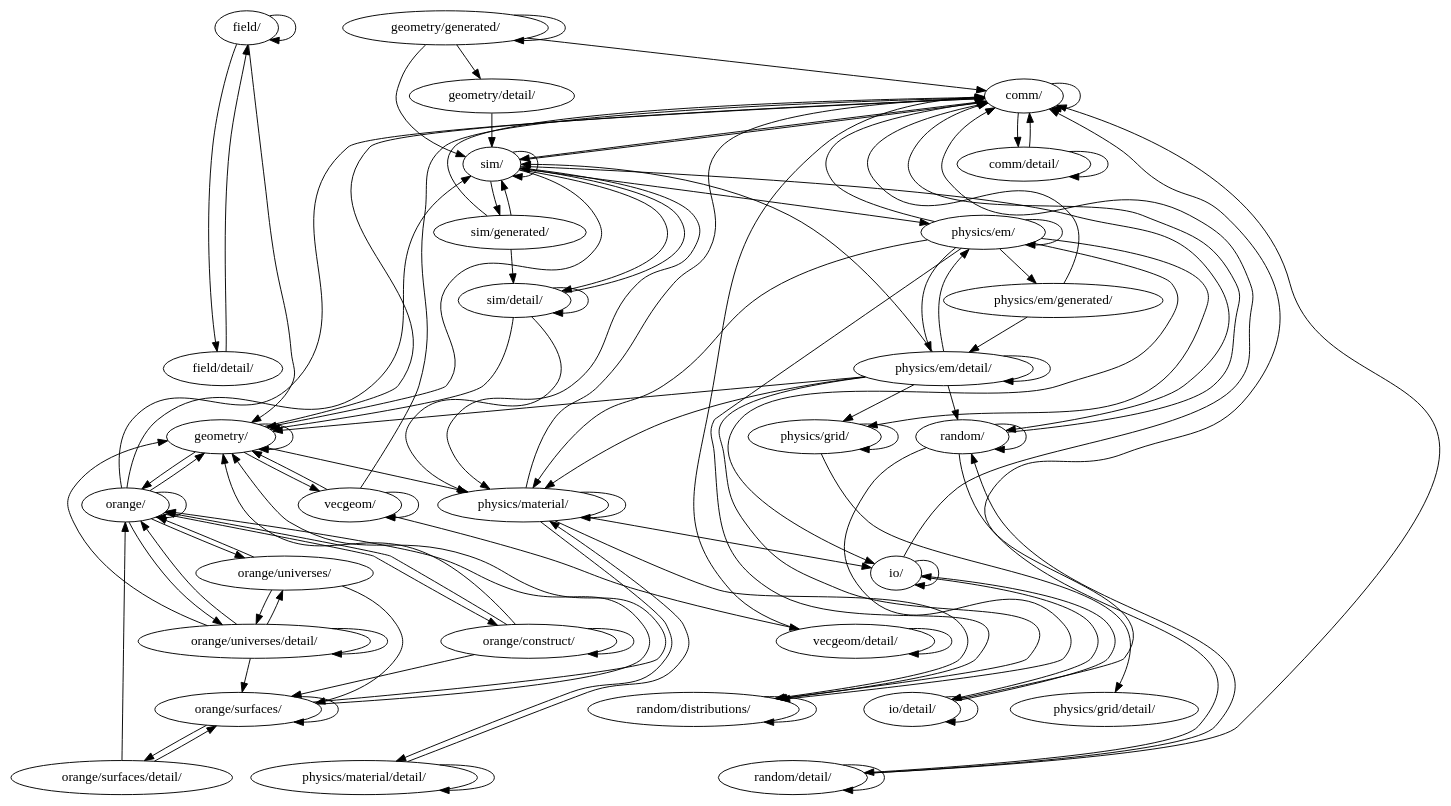
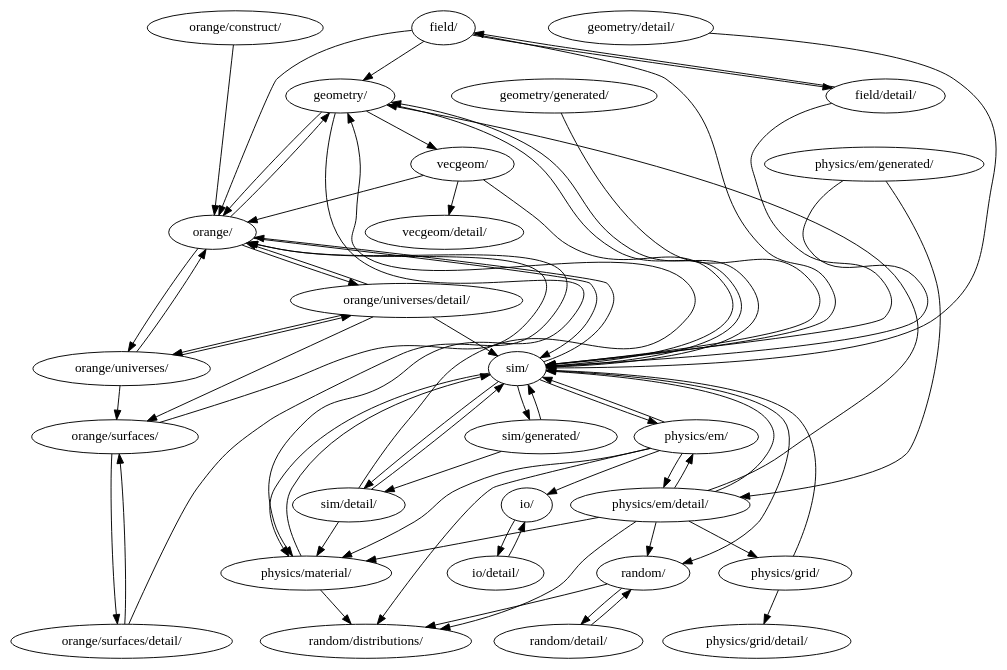
The diagram in nb/admin/fig/simple_old.dot (simbarras/celeritas-docs), drawn with Graphviz before and after one commit. The commit also changed 17 other files, not shown here.

```diff
--- a/nb/admin/fig/simple_old.dot
+++ b/nb/admin/fig/simple_old.dot
@@ -1,113 +1,68 @@
 digraph packages {
-// margin=0.0
-// mindist=0.1
-//  rankdir=TB
-// nodesep="+0.05,0.5"
-// size="36,36"
-"comm/" -> "comm/" [weight=0.425] // [0.5, 0.3333333333333333, 0.16666666666666666, 0.5, 1.0, 0.5, 0.5, 0.2, 0.3333333333333333, 1.0, 0.14285714285714285, 0.5, 0.5, 0.2, 0.16666666666666666, 0.25]
-"comm/" -> "sim/" [weight=0.750] // [0.5, 1.0]
-"comm/" -> "comm/detail/" [weight=0.567] // [1.0, 0.5, 0.2]
-"comm/detail/" -> "comm/detail/" [weight=0.500] // [0.5]
-"comm/detail/" -> "comm/" [weight=1.000] // [1.0]
-"field/" -> "field/" [weight=0.286] // [0.5, 0.125, 0.125, 0.25, 0.3333333333333333, 0.3333333333333333, 0.3333333333333333]
-"field/" -> "geometry/" [weight=0.125] // [0.125]
+"field/" -> "geometry/" [weight=0.062] // [0.125]
+"field/" -> "orange/" [weight=0.062] // [0.125]
 "field/" -> "field/detail/" [weight=0.229] // [0.125, 0.3333333333333333]
-"field/detail/" -> "field/" [weight=0.200] // [0.2]
-"geometry/" -> "vecgeom/" [weight=0.500] // [0.5, 0.5, 0.5]
-"geometry/" -> "orange/" [weight=0.400] // [0.5, 0.1, 0.5, 0.5]
-"geometry/" -> "geometry/" [weight=0.420] // [0.3333333333333333, 0.1, 0.16666666666666666, 1.0, 0.5]
-"geometry/" -> "physics/material/" [weight=0.250] // [0.3333333333333333, 0.16666666666666666]
-"geometry/" -> "comm/" [weight=0.100] // [0.1]
-"geometry/detail/" -> "sim/" [weight=1.000] // [1.0]
-"geometry/generated/" -> "geometry/generated/" [weight=0.171] // [0.2, 0.14285714285714285]
-"geometry/generated/" -> "sim/" [weight=0.198] // [0.2, 0.14285714285714285, 0.25]
-"geometry/generated/" -> "geometry/detail/" [weight=0.171] // [0.2, 0.14285714285714285]
-"geometry/generated/" -> "comm/" [weight=0.143] // [0.14285714285714285]
-"io/" -> "io/" [weight=0.471] // [0.25, 1.0, 0.25, 0.5, 0.09090909090909091, 0.5, 0.125, 0.3333333333333333, 1.0, 0.2, 1.0, 0.5, 0.5, 1.0, 0.5, 0.5, 0.5, 0.16666666666666666, 1.0, 0.16666666666666666, 0.2, 0.3333333333333333, 0.2, 0.5]
-"io/" -> "comm/" [weight=0.189] // [0.25, 0.25, 0.09090909090909091, 0.16666666666666666, 0.16666666666666666, 0.2, 0.2]
-"io/" -> "io/detail/" [weight=0.262] // [0.09090909090909091, 0.125, 0.5, 0.3333333333333333]
-"io/detail/" -> "io/detail/" [weight=0.502] // [0.5, 0.3333333333333333, 1.0, 0.3333333333333333, 0.5, 0.25, 0.1, 0.5, 1.0]
-"io/detail/" -> "comm/" [weight=0.419] // [0.3333333333333333, 0.3333333333333333, 0.5, 1.0, 0.25, 0.1]
-"io/detail/" -> "io/" [weight=0.217] // [0.1, 0.3333333333333333]
-"orange/" -> "geometry/" [weight=0.167] // [0.16666666666666666, 0.16666666666666666, 0.16666666666666666]
-"orange/" -> "sim/" [weight=0.167] // [0.16666666666666666]
-"orange/" -> "orange/" [weight=0.211] // [0.16666666666666666, 0.05263157894736842, 0.16666666666666666, 0.16666666666666666, 0.5]
-"orange/" -> "comm/" [weight=0.053] // [0.05263157894736842]
-"orange/" -> "orange/construct/" [weight=0.053] // [0.05263157894736842]
-"orange/" -> "orange/universes/detail/" [weight=0.110] // [0.05263157894736842, 0.16666666666666666]
-"orange/" -> "orange/universes/" [weight=0.167] // [0.16666666666666666]
-"orange/construct/" -> "orange/" [weight=0.340] // [1.0, 0.16666666666666666, 0.3333333333333333, 0.2, 0.09090909090909091, 0.25]
-"orange/construct/" -> "orange/construct/" [weight=0.422] // [0.5, 1.0, 0.16666666666666666, 0.16666666666666666, 0.2, 1.0, 0.09090909090909091, 0.25]
-"orange/construct/" -> "orange/surfaces/" [weight=0.129] // [0.16666666666666666, 0.09090909090909091]
-"orange/construct/" -> "geometry/" [weight=0.208] // [0.16666666666666666, 0.25]
-"orange/surfaces/" -> "geometry/" [weight=0.336] // [0.14285714285714285, 0.2, 0.5, 0.5]
-"orange/surfaces/" -> "orange/" [weight=0.402] // [0.14285714285714285, 0.16666666666666666, 0.2, 0.5, 1.0]
-"orange/surfaces/" -> "orange/surfaces/detail/" [weight=0.195] // [0.14285714285714285, 0.16666666666666666, 0.16666666666666666, 0.16666666666666666, 0.3333333333333333]
-"orange/surfaces/" -> "orange/surfaces/" [weight=0.312] // [0.125, 0.5]
+"field/" -> "sim/" [weight=0.153] // [0.25, 0.3333333333333333, 0.3333333333333333]
+"field/detail/" -> "field/" [weight=0.167] // [0.16666666666666666]
+"field/detail/" -> "sim/" [weight=0.083] // [0.16666666666666666]
+"geometry/" -> "sim/" [weight=0.117] // [0.2, 0.3333333333333333, 0.16666666666666666]
+"geometry/" -> "vecgeom/" [weight=0.250] // [0.5, 0.5, 0.5]
+"geometry/" -> "orange/" [weight=0.233] // [0.5, 0.3333333333333333, 0.5, 0.5, 0.5]
+"geometry/" -> "physics/material/" [weight=0.083] // [0.16666666666666666]
+"geometry/detail/" -> "sim/" [weight=0.500] // [1.0]
+"geometry/generated/" -> "sim/" [weight=0.125] // [0.25]
+"io/" -> "io/detail/" [weight=0.417] // [0.5, 0.3333333333333333]
+"io/detail/" -> "io/" [weight=0.333] // [0.3333333333333333]
+"orange/" -> "sim/" [weight=0.077] // [0.16666666666666666, 0.14285714285714285]
+"orange/" -> "geometry/" [weight=0.083] // [0.16666666666666666]
+"orange/" -> "orange/universes/" [weight=0.143] // [0.14285714285714285]
+"orange/" -> "orange/universes/detail/" [weight=0.143] // [0.14285714285714285]
+"orange/construct/" -> "orange/" [weight=0.446] // [1.0, 0.2, 0.3333333333333333, 0.25]
+"orange/surfaces/" -> "orange/" [weight=0.514] // [0.16666666666666666, 0.16666666666666666, 0.25, 0.5, 1.0, 1.0]
+"orange/surfaces/" -> "orange/surfaces/detail/" [weight=0.300] // [0.16666666666666666, 0.16666666666666666, 0.16666666666666666, 0.16666666666666666, 0.3333333333333333]
 "orange/surfaces/detail/" -> "orange/" [weight=0.175] // [0.25, 0.1]
-"orange/surfaces/detail/" -> "orange/surfaces/" [weight=0.100] // [0.1]
+"orange/surfaces/detail/" -> "orange/surfaces/" [weight=0.150] // [0.1]
 "orange/universes/" -> "orange/" [weight=0.156] // [0.1111111111111111, 0.2]
 "orange/universes/" -> "orange/surfaces/" [weight=0.111] // [0.1111111111111111]
-"orange/universes/" -> "orange/universes/detail/" [weight=0.111] // [0.1111111111111111]
-"orange/universes/detail/" -> "orange/" [weight=0.250] // [0.25, 0.25]
-"orange/universes/detail/" -> "orange/universes/detail/" [weight=0.211] // [0.25, 0.14285714285714285, 0.25, 0.2]
+"orange/universes/" -> "orange/universes/detail/" [weight=0.167] // [0.1111111111111111]
+"orange/universes/detail/" -> "orange/" [weight=0.292] // [0.25, 0.3333333333333333]
 "orange/universes/detail/" -> "orange/surfaces/" [weight=0.143] // [0.14285714285714285]
-"orange/universes/detail/" -> "orange/universes/" [weight=0.171] // [0.14285714285714285, 0.2]
-"orange/universes/detail/" -> "geometry/" [weight=0.250] // [0.25]
-"physics/em/" -> "random/distributions/" [weight=0.143] // [0.14285714285714285, 0.14285714285714285]
-"physics/em/" -> "physics/em/" [weight=0.199] // [0.14285714285714285, 0.14285714285714285, 0.05263157894736842, 0.2, 0.25, 0.14285714285714285, 0.09090909090909091, 0.2, 0.5, 0.2, 0.3333333333333333, 0.1111111111111111, 0.3333333333333333, 0.125, 0.2, 0.25, 0.06666666666666667, 0.1111111111111111, 0.25, 0.5, 0.14285714285714285, 0.07142857142857142, 0.5, 0.09090909090909091, 0.08333333333333333, 0.09090909090909091]
-"physics/em/" -> "physics/material/" [weight=0.162] // [0.14285714285714285, 0.05263157894736842, 0.25, 0.125, 0.125, 0.16666666666666666, 0.16666666666666666, 0.06666666666666667, 0.16666666666666666, 0.25, 0.25, 0.07142857142857142, 0.25, 0.25, 0.25, 0.08333333333333333, 0.16666666666666666, 0.09090909090909091]
-"physics/em/" -> "comm/" [weight=0.068] // [0.05263157894736842, 0.06666666666666667, 0.08333333333333333]
-"physics/em/" -> "physics/em/detail/" [weight=0.200] // [0.05263157894736842, 0.3333333333333333, 0.09090909090909091, 0.2, 0.125, 0.1111111111111111, 0.3333333333333333, 0.3333333333333333, 0.3333333333333333, 0.16666666666666666, 0.06666666666666667, 0.16666666666666666, 0.1111111111111111, 0.5, 0.3333333333333333, 0.07142857142857142, 0.25, 0.09090909090909091, 0.25, 0.08333333333333333, 0.16666666666666666, 0.09090909090909091, 0.3333333333333333]
-"physics/em/" -> "io/" [weight=0.174] // [0.2, 0.14285714285714285, 0.2, 0.2, 0.16666666666666666, 0.14285714285714285, 0.16666666666666666]
-"physics/em/" -> "physics/em/generated/" [weight=0.138] // [0.25, 0.09090909090909091, 0.1111111111111111, 0.25, 0.06666666666666667, 0.1111111111111111, 0.25, 0.07142857142857142, 0.09090909090909091, 0.08333333333333333]
-"physics/em/" -> "physics/grid/" [weight=0.164] // [0.3333333333333333, 0.06666666666666667, 0.09090909090909091]
-"physics/em/detail/" -> "physics/material/" [weight=0.090] // [0.058823529411764705, 0.05, 0.1, 0.14285714285714285, 0.1111111111111111, 0.0625, 0.09090909090909091, 0.08333333333333333, 0.07142857142857142, 0.05263157894736842, 0.07692307692307693, 0.2, 0.058823529411764705, 0.1, 0.125, 0.0625]
-"physics/em/detail/" -> "random/distributions/" [weight=0.123] // [0.058823529411764705, 0.2, 0.25, 0.08333333333333333, 0.16666666666666666, 0.16666666666666666, 0.125, 0.07692307692307693, 0.0625, 0.058823529411764705, 0.2, 0.0625, 0.08333333333333333, 0.07142857142857142, 0.16666666666666666, 0.16666666666666666, 0.07692307692307693, 0.2, 0.0625]
-"physics/em/detail/" -> "physics/em/detail/" [weight=0.145] // [0.058823529411764705, 0.2, 0.25, 0.2, 0.05, 0.25, 0.08333333333333333, 0.25, 0.2, 0.125, 0.07692307692307693, 0.3333333333333333, 0.1, 0.0625, 0.14285714285714285, 0.1111111111111111, 0.058823529411764705, 0.2, 0.0625, 0.2, 0.09090909090909091, 0.08333333333333333, 0.07142857142857142, 0.2, 0.16666666666666666, 0.05263157894736842, 0.2, 0.16666666666666666, 0.16666666666666666, 0.07692307692307693, 0.2, 0.14285714285714285, 0.058823529411764705, 0.2, 0.1, 0.125, 0.0625, 0.3333333333333333]
-"physics/em/detail/" -> "sim/" [weight=0.202] // [0.2, 0.25, 0.2, 0.25, 0.25, 0.3333333333333333, 0.16666666666666666, 0.14285714285714285, 0.25, 0.2, 0.2, 0.2, 0.16666666666666666, 0.2, 0.2, 0.2, 0.16666666666666666, 0.0625]
-"physics/em/detail/" -> "physics/em/" [weight=0.222] // [0.5, 0.16666666666666666, 0.16666666666666666, 0.2, 0.125, 0.0625, 0.3333333333333333]
-"physics/em/detail/" -> "physics/grid/" [weight=0.120] // [0.1, 0.16666666666666666, 0.0625, 0.1111111111111111, 0.16666666666666666, 0.16666666666666666, 0.14285714285714285, 0.1, 0.125, 0.0625]
-"physics/em/detail/" -> "random/" [weight=0.067] // [0.07142857142857142, 0.0625]
-"physics/em/detail/" -> "geometry/" [weight=0.062] // [0.0625]
-"physics/em/generated/" -> "physics/em/detail/" [weight=0.250] // [0.25, 0.16666666666666666, 0.3333333333333333, 0.25, 0.16666666666666666, 0.3333333333333333, 0.25, 0.16666666666666666, 0.3333333333333333, 0.25, 0.16666666666666666, 0.3333333333333333, 0.25, 0.16666666666666666, 0.3333333333333333, 0.25, 0.16666666666666666, 0.3333333333333333, 0.25, 0.16666666666666666, 0.3333333333333333, 0.25, 0.16666666666666666, 0.3333333333333333, 0.25, 0.16666666666666666, 0.3333333333333333, 0.25, 0.16666666666666666, 0.3333333333333333]
-"physics/em/generated/" -> "comm/" [weight=0.167] // [0.16666666666666666, 0.16666666666666666, 0.16666666666666666, 0.16666666666666666, 0.16666666666666666, 0.16666666666666666, 0.16666666666666666, 0.16666666666666666, 0.16666666666666666, 0.16666666666666666]
-"physics/grid/" -> "physics/grid/" [weight=0.294] // [1.0, 0.16666666666666666, 0.125, 0.2, 0.2, 0.25, 0.25, 0.14285714285714285, 0.3333333333333333, 0.2, 0.5, 0.25, 0.2]
-"physics/grid/" -> "physics/grid/detail/" [weight=0.206] // [0.16666666666666666, 0.2, 0.25]
-"physics/material/" -> "random/distributions/" [weight=0.125] // [0.125]
-"physics/material/" -> "physics/material/" [weight=0.159] // [0.125, 0.25, 0.2, 0.06666666666666667, 0.125, 0.14285714285714285, 0.2]
-"physics/material/" -> "comm/" [weight=0.067] // [0.06666666666666667]
-"physics/material/" -> "io/" [weight=0.067] // [0.06666666666666667]
-"physics/material/" -> "physics/material/detail/" [weight=0.067] // [0.06666666666666667]
-"physics/material/detail/" -> "physics/material/detail/" [weight=0.167] // [0.16666666666666666]
-"physics/material/detail/" -> "physics/material/" [weight=0.167] // [0.16666666666666666]
-"random/" -> "random/" [weight=0.483] // [0.3333333333333333, 0.25, 1.0, 0.5, 0.5, 0.5, 0.25, 0.16666666666666666, 1.0, 0.3333333333333333]
-"random/" -> "random/detail/" [weight=0.222] // [0.3333333333333333, 0.16666666666666666, 0.16666666666666666]
-"random/" -> "comm/" [weight=0.167] // [0.16666666666666666]
+"orange/universes/detail/" -> "orange/universes/" [weight=0.257] // [0.14285714285714285, 0.2]
+"orange/universes/detail/" -> "sim/" [weight=0.100] // [0.2]
+"physics/em/" -> "random/distributions/" [weight=0.071] // [0.14285714285714285, 0.14285714285714285]
+"physics/em/" -> "sim/" [weight=0.092] // [0.16666666666666666, 0.2]
+"physics/em/" -> "io/" [weight=0.089] // [0.2, 0.16666666666666666, 0.16666666666666666]
+"physics/em/" -> "physics/em/detail/" [weight=0.410] // [0.3333333333333333, 0.2, 0.125, 0.3333333333333333, 0.3333333333333333, 0.3333333333333333, 0.16666666666666666, 0.16666666666666666, 0.5, 0.3333333333333333, 0.25, 0.25, 0.16666666666666666, 0.3333333333333333]
+"physics/em/" -> "physics/material/" [weight=0.205] // [0.25, 0.125, 0.125, 0.16666666666666666, 0.16666666666666666, 0.25, 0.25, 0.25, 0.25, 0.25, 0.16666666666666666]
+"physics/em/detail/" -> "sim/" [weight=0.090] // [0.3333333333333333, 0.2, 0.05263157894736842, 0.25, 0.25, 0.25, 0.5, 0.25, 0.3333333333333333, 0.1, 0.16666666666666666, 0.14285714285714285, 0.1111111111111111, 0.3333333333333333, 0.2, 0.25, 0.2, 0.1, 0.08333333333333333, 0.2, 0.07692307692307693, 0.2, 0.05555555555555555, 0.2, 0.07692307692307693, 0.14285714285714285, 0.0625, 0.2, 0.2, 0.08333333333333333, 0.07692307692307693, 0.06666666666666667]
+"physics/em/detail/" -> "physics/material/" [weight=0.088] // [0.058823529411764705, 0.05263157894736842, 0.1, 0.14285714285714285, 0.0625, 0.08333333333333333, 0.05555555555555555, 0.07692307692307693, 0.2, 0.0625, 0.07692307692307693]
+"physics/em/detail/" -> "random/distributions/" [weight=0.062] // [0.058823529411764705, 0.2, 0.25, 0.08333333333333333, 0.16666666666666666, 0.16666666666666666, 0.125, 0.07692307692307693, 0.0625, 0.058823529411764705, 0.2, 0.0625, 0.08333333333333333, 0.07692307692307693, 0.16666666666666666, 0.16666666666666666, 0.07692307692307693, 0.2, 0.06666666666666667]
+"physics/em/detail/" -> "physics/em/" [weight=0.333] // [0.5, 0.16666666666666666, 0.16666666666666666, 0.2, 0.125, 0.0625, 0.3333333333333333]
+"physics/em/detail/" -> "physics/grid/" [weight=0.114] // [0.1, 0.16666666666666666, 0.0625, 0.1111111111111111, 0.16666666666666666, 0.16666666666666666, 0.14285714285714285, 0.08333333333333333, 0.07692307692307693, 0.06666666666666667]
+"physics/em/detail/" -> "random/" [weight=0.036] // [0.07692307692307693, 0.06666666666666667]
+"physics/em/detail/" -> "geometry/" [weight=0.036] // [0.07692307692307693, 0.06666666666666667]
+"physics/em/generated/" -> "sim/" [weight=0.125] // [0.25, 0.25, 0.25, 0.25, 0.25, 0.25, 0.25, 0.25, 0.25, 0.25]
+"physics/em/generated/" -> "physics/em/detail/" [weight=0.375] // [0.25, 0.25, 0.25, 0.25, 0.25, 0.25, 0.25, 0.25, 0.25, 0.25]
+"physics/grid/" -> "sim/" [weight=0.103] // [0.16666666666666666, 0.25, 0.2]
+"physics/grid/" -> "physics/grid/detail/" [weight=0.308] // [0.16666666666666666, 0.2, 0.25]
+"physics/material/" -> "random/distributions/" [weight=0.062] // [0.125]
+"physics/material/" -> "sim/" [weight=0.087] // [0.125, 0.25, 0.2, 0.125, 0.14285714285714285, 0.2]
+"random/" -> "random/detail/" [weight=0.155] // [0.14285714285714285, 0.16666666666666666]
 "random/" -> "random/distributions/" [weight=0.250] // [0.25, 0.3333333333333333, 0.16666666666666666]
-"random/detail/" -> "random/detail/" [weight=0.225] // [0.25, 0.2]
-"random/detail/" -> "random/" [weight=0.261] // [0.25, 0.2, 0.3333333333333333]
-"random/detail/" -> "comm/" [weight=0.200] // [0.2]
-"random/distributions/" -> "random/distributions/" [weight=0.225] // [0.25, 0.25, 0.16666666666666666, 0.25, 0.16666666666666666, 0.16666666666666666, 0.25, 0.25, 0.25, 0.25]
-"sim/" -> "sim/" [weight=0.381] // [0.5, 1.0, 1.0, 0.25, 0.2, 1.0, 0.09090909090909091, 0.09090909090909091, 0.3333333333333333, 0.3333333333333333, 0.2, 0.5, 0.16666666666666666, 0.2, 0.1111111111111111, 0.5, 0.3333333333333333, 0.1, 0.3333333333333333]
-"sim/" -> "geometry/" [weight=0.098] // [0.09090909090909091, 0.09090909090909091, 0.1111111111111111]
-"sim/" -> "physics/em/" [weight=0.091] // [0.09090909090909091, 0.09090909090909091]
-"sim/" -> "physics/material/" [weight=0.091] // [0.09090909090909091, 0.09090909090909091]
-"sim/" -> "random/" [weight=0.091] // [0.09090909090909091, 0.09090909090909091]
-"sim/" -> "comm/" [weight=0.156] // [0.2, 0.1111111111111111]
+"random/detail/" -> "random/" [weight=0.333] // [0.3333333333333333]
+"sim/" -> "geometry/" [weight=0.045] // [0.09090909090909091, 0.09090909090909091]
+"sim/" -> "physics/em/" [weight=0.045] // [0.09090909090909091, 0.09090909090909091]
+"sim/" -> "physics/material/" [weight=0.045] // [0.09090909090909091, 0.09090909090909091]
+"sim/" -> "random/" [weight=0.045] // [0.09090909090909091, 0.09090909090909091]
+"sim/" -> "orange/" [weight=0.090] // [0.1111111111111111, 0.25]
 "sim/" -> "sim/detail/" [weight=0.217] // [0.1, 0.3333333333333333]
 "sim/" -> "sim/generated/" [weight=0.100] // [0.1]
-"sim/detail/" -> "geometry/" [weight=0.131] // [0.1, 0.125, 0.16666666666666666]
-"sim/detail/" -> "physics/material/" [weight=0.100] // [0.1]
+"sim/detail/" -> "geometry/" [weight=0.065] // [0.1, 0.125, 0.16666666666666666]
+"sim/detail/" -> "physics/material/" [weight=0.050] // [0.1]
 "sim/detail/" -> "sim/" [weight=0.245] // [0.1, 0.125, 0.5, 0.16666666666666666, 0.3333333333333333]
-"sim/detail/" -> "sim/detail/" [weight=0.244] // [0.1, 0.125, 0.5, 0.25]
-"sim/generated/" -> "sim/detail/" [weight=0.342] // [0.5, 0.3333333333333333, 0.2, 0.5, 0.3333333333333333, 0.2, 0.5, 0.3333333333333333, 0.16666666666666666, 0.5, 0.3333333333333333, 0.2]
-"sim/generated/" -> "comm/" [weight=0.333] // [0.3333333333333333, 0.3333333333333333, 0.3333333333333333, 0.3333333333333333]
+"sim/generated/" -> "sim/detail/" [weight=0.192] // [0.2, 0.2, 0.16666666666666666, 0.2]
 "sim/generated/" -> "sim/" [weight=0.192] // [0.2, 0.2, 0.16666666666666666, 0.2]
-"vecgeom/" -> "geometry/" [weight=0.190] // [0.125, 0.3333333333333333, 0.1111111111111111]
-"vecgeom/" -> "vecgeom/detail/" [weight=0.118] // [0.125, 0.1111111111111111]
-"vecgeom/" -> "vecgeom/" [weight=0.190] // [0.125, 0.3333333333333333, 0.1111111111111111]
-"vecgeom/" -> "comm/" [weight=0.125] // [0.125]
-"vecgeom/detail/" -> "vecgeom/detail/" [weight=0.333] // [0.3333333333333333]
-"vecgeom/detail/" -> "comm/" [weight=0.333] // [0.3333333333333333]
+"vecgeom/" -> "orange/" [weight=0.093] // [0.1111111111111111, 0.3333333333333333, 0.1111111111111111]
+"vecgeom/" -> "sim/" [weight=0.056] // [0.1111111111111111]
+"vecgeom/" -> "vecgeom/detail/" [weight=0.111] // [0.1111111111111111, 0.1111111111111111]
 }
```
